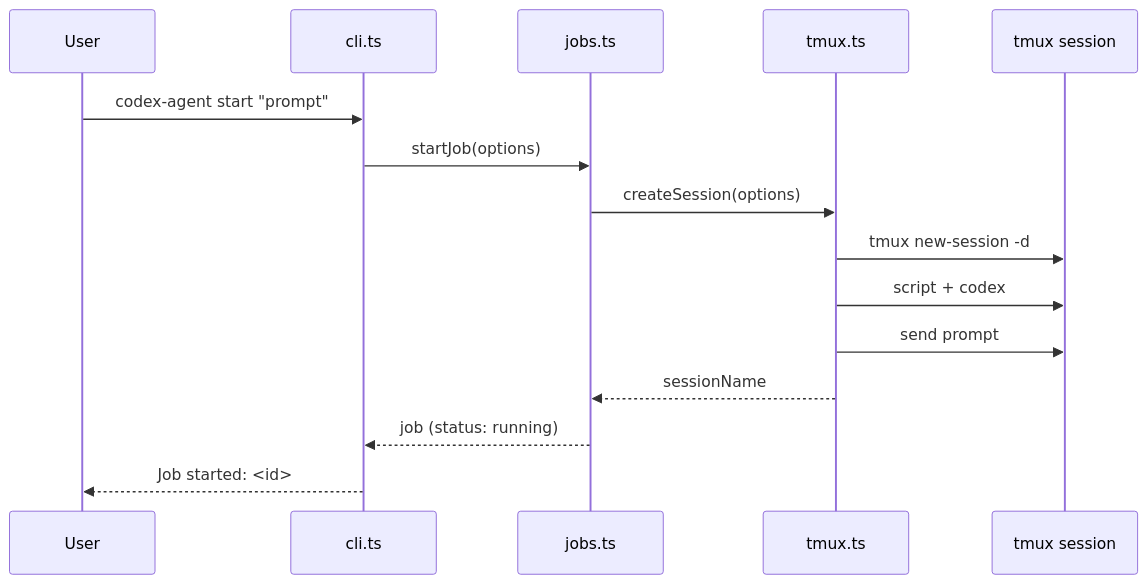
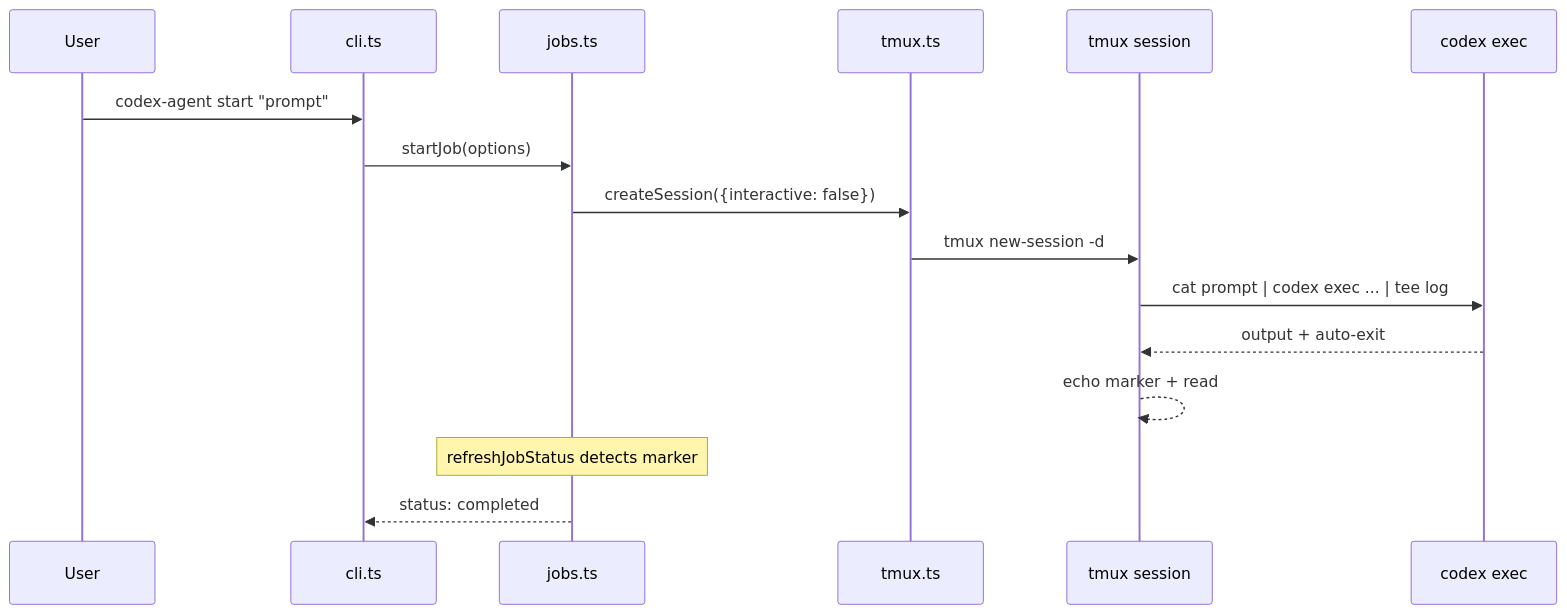
The second of 4 diagrams in docs/CODEBASE_MAP.md (yelban/codex-orchestrator), drawn with Mermaid before and after one commit. The commit also changed other lines of this file, not shown here.

Commit message:
Update codebase map with dual-mode architecture and full module coverage

````diff
--- a/docs/CODEBASE_MAP.md
+++ b/docs/CODEBASE_MAP.md
@@ -210,18 +261,19 @@
 ```mermaid
 sequenceDiagram
     participant User
     participant CLI as cli.ts
     participant Jobs as jobs.ts
     participant Tmux as tmux.ts
     participant Session as tmux session
+    participant Codex as codex exec
 
     User->>CLI: codex-agent start "prompt"
     CLI->>Jobs: startJob(options)
-    Jobs->>Tmux: createSession(options)
+    Jobs->>Tmux: createSession({interactive: false})
     Tmux->>Session: tmux new-session -d
-    Tmux->>Session: script + codex
-    Tmux->>Session: send prompt
-    Tmux-->>Jobs: sessionName
-    Jobs-->>CLI: job (status: running)
-    CLI-->>User: Job started: <id>
+    Session->>Codex: cat prompt | codex exec ... | tee log
+    Codex-->>Session: output + auto-exit
+    Session-->>Session: echo marker + read
+    Note over Jobs: refreshJobStatus detects marker
+    Jobs-->>CLI: status: completed
 ```
````
